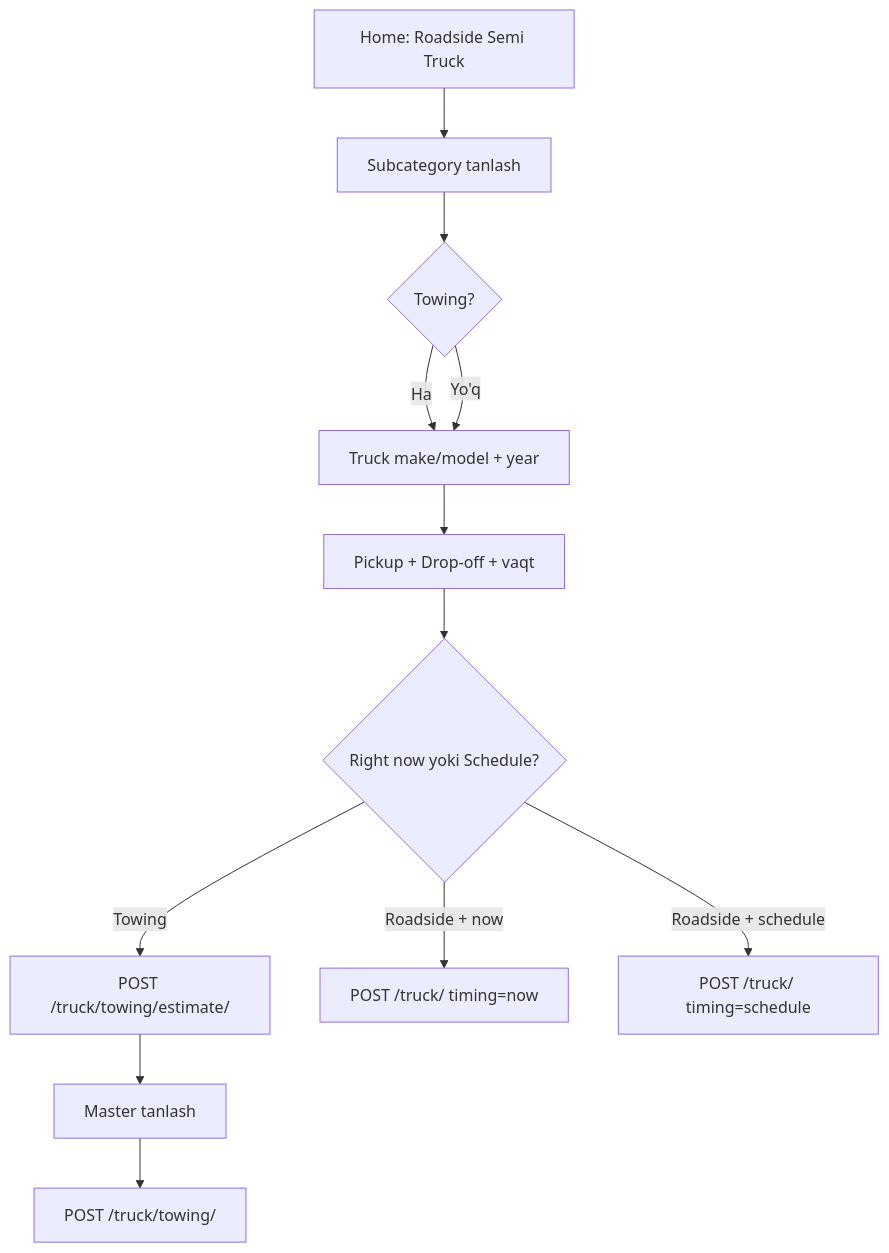
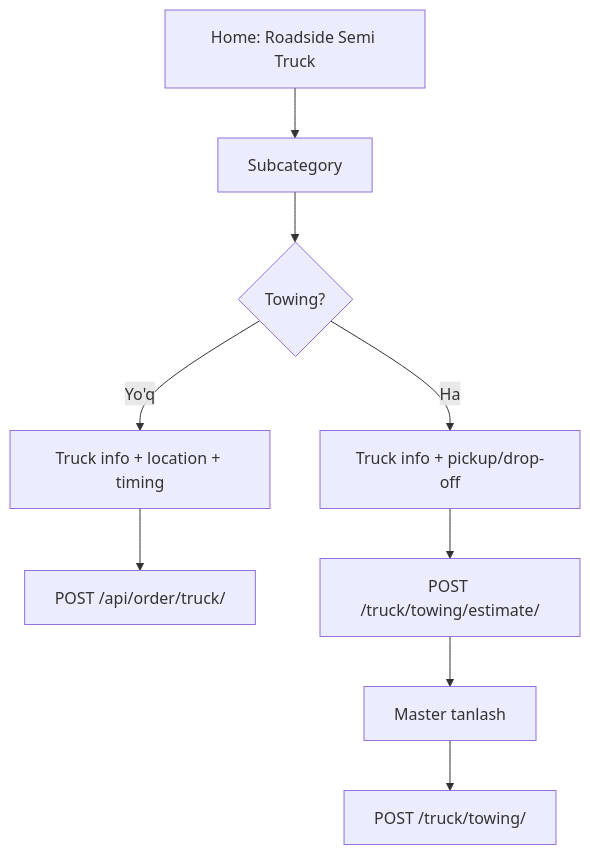
Before and after one commit to bobojonov-sobirjon/AutoHandy: the diagram in docs/SEMI_TRUCK_FRONTEND.md, drawn with Mermaid. The commit also changed other lines of this file and 7 other files, not shown here.

````diff
--- a/docs/SEMI_TRUCK_FRONTEND.md
+++ b/docs/SEMI_TRUCK_FRONTEND.md
@@ -21,14 +384,11 @@
 ```mermaid
 flowchart TD
-    A[Home: Roadside Semi Truck] --> B[Subcategory tanlash]
+    A[Home: Roadside Semi Truck] --> B[Subcategory]
     B --> C{Towing?}
-    C -->|Ha| D[Truck make/model + year]
-    C -->|Yo'q| D
-    D --> E[Pickup + Drop-off + vaqt]
-    E --> F{Right now yoki Schedule?}
-    F -->|Towing| G[POST /truck/towing/estimate/]
+    C -->|Yo'q| D[Truck info + location + timing]
+    D --> E[POST /api/order/truck/]
+    C -->|Ha| F[Truck info + pickup/drop-off]
+    F --> G[POST /truck/towing/estimate/]
     G --> H[Master tanlash]
     H --> I[POST /truck/towing/]
-    F -->|Roadside + now| J[POST /truck/ timing=now]
-    F -->|Roadside + schedule| K[POST /truck/ timing=schedule]
 ```
````
